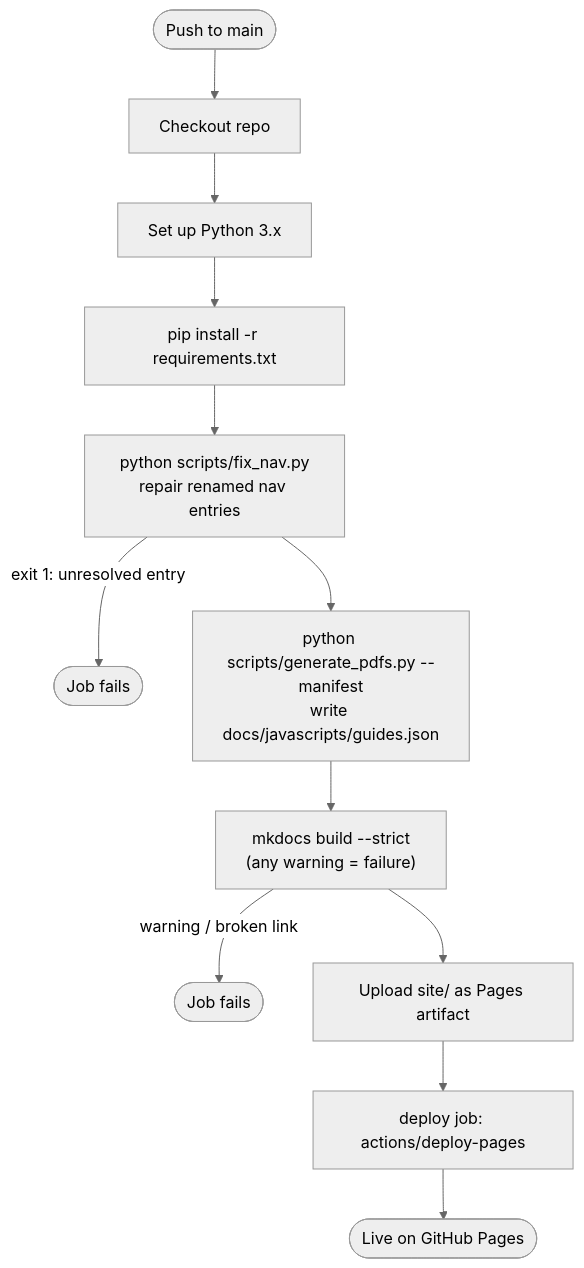
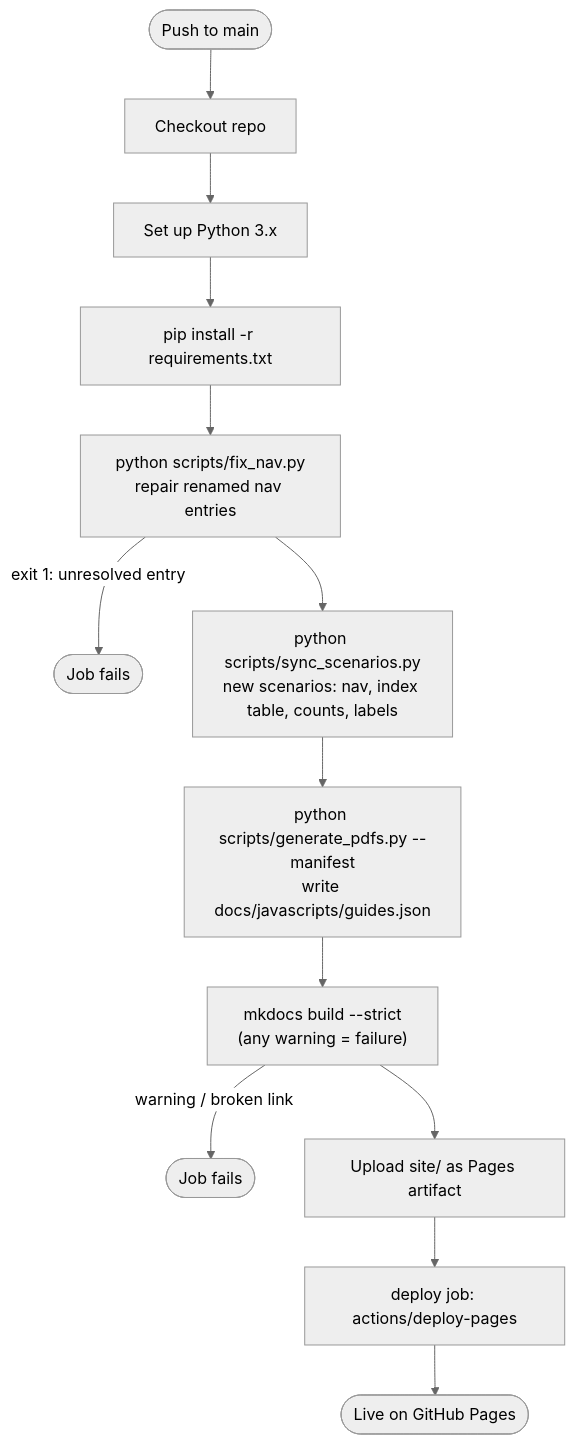
The second of 6 diagrams in README.md (cpoc-labs/Nutanix_lab_guides), drawn with Mermaid (neutral theme) before and after one commit. The commit also changed other lines of this file and 5 other files, not shown here.

````diff
--- a/README.md
+++ b/README.md
@@ -127,14 +153,15 @@
 ```mermaid
 flowchart TD
     A([Push to main]) --> B[Checkout repo]
     B --> C[Set up Python 3.x]
     C --> D["pip install -r requirements.txt"]
     D --> E["python scripts/fix_nav.py<br/>repair renamed nav entries"]
     E -->|exit 1: unresolved entry| X1([Job fails])
-    E --> F["python scripts/generate_pdfs.py --manifest<br/>write docs/javascripts/guides.json"]
+    E --> E2["python scripts/sync_scenarios.py<br/>new scenarios: nav, index table, counts, labels"]
+    E2 --> F["python scripts/generate_pdfs.py --manifest<br/>write docs/javascripts/guides.json"]
     F --> G["mkdocs build --strict<br/>(any warning = failure)"]
     G -->|warning / broken link| X2([Job fails])
     G --> H[Upload site/ as Pages artifact]
     H --> I["deploy job: actions/deploy-pages"]
     I --> J([Live on GitHub Pages])
 ```
````
